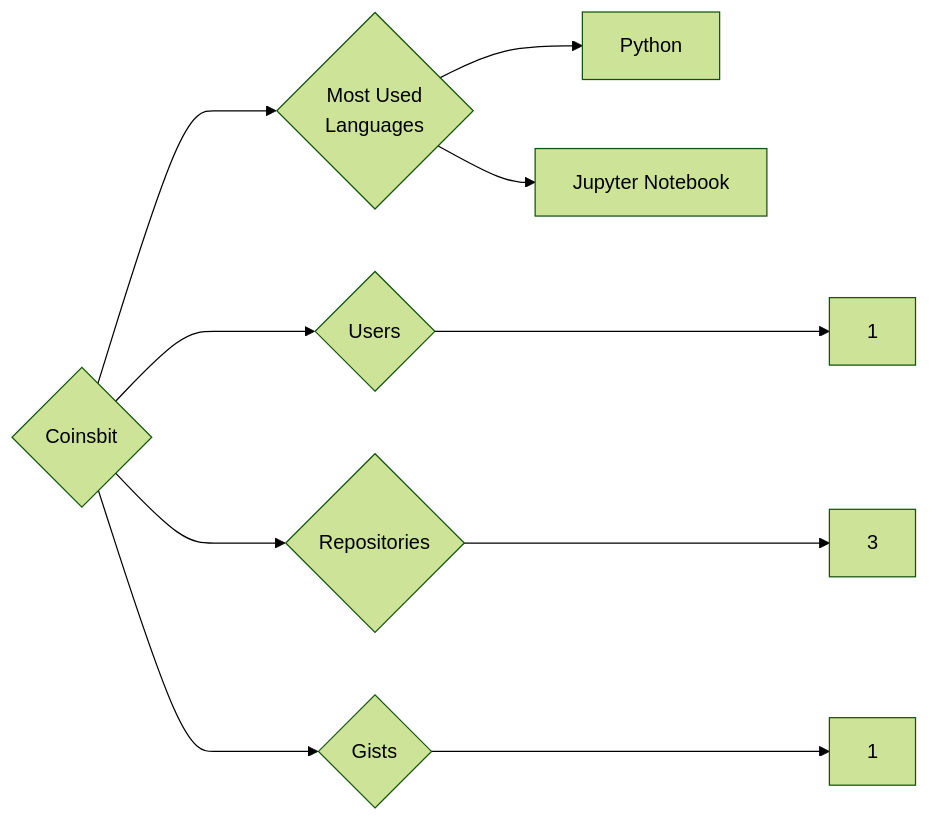
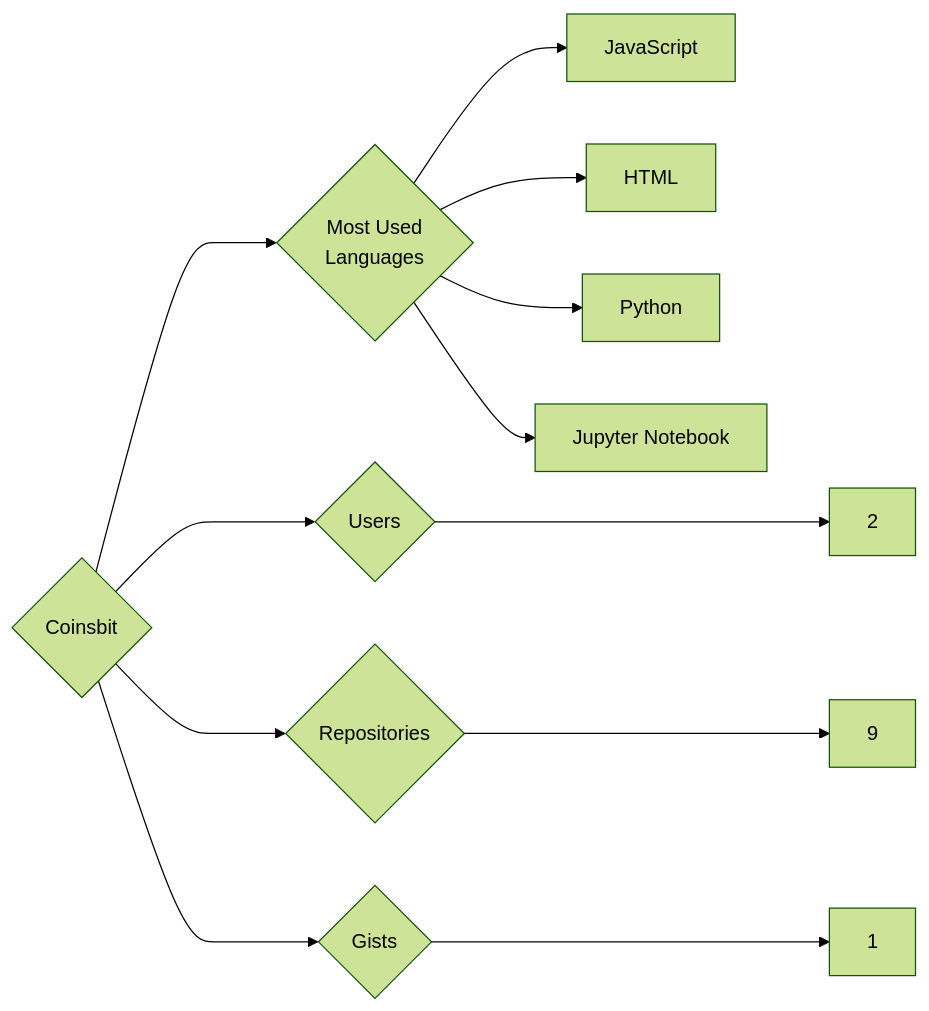
The diagram in targets/Coinsbit/README.md (trickest/insiders), drawn with Mermaid (forest theme) before and after one commit. The commit also changed 1003 other files, not shown here.

````diff
--- a/targets/Coinsbit/README.md
+++ b/targets/Coinsbit/README.md
@@ -3,10 +3,12 @@
 ```mermaid
 graph LR
 COMPANY_NAME{Coinsbit}
-COMPANY_NAME ---> U{Users} ---> UN[1]
-COMPANY_NAME ---> R{Repositories} ---> RN[3]
+COMPANY_NAME ---> U{Users} ---> UN[2]
+COMPANY_NAME ---> R{Repositories} ---> RN[9]
 COMPANY_NAME ---> G{Gists} ---> GN[1]
 COMPANY_NAME ---> ML{Most Used<br>Languages}
+ML --> JavaScript[JavaScript]
+ML --> HTML[HTML]
 ML --> Python[Python]
 ML --> Jupyter_Notebook[Jupyter Notebook]
 ```
````
